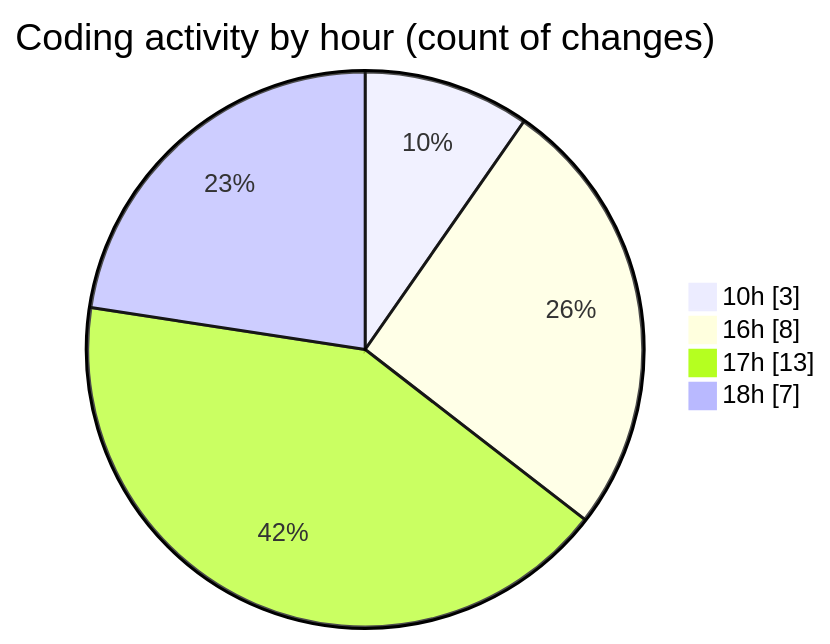
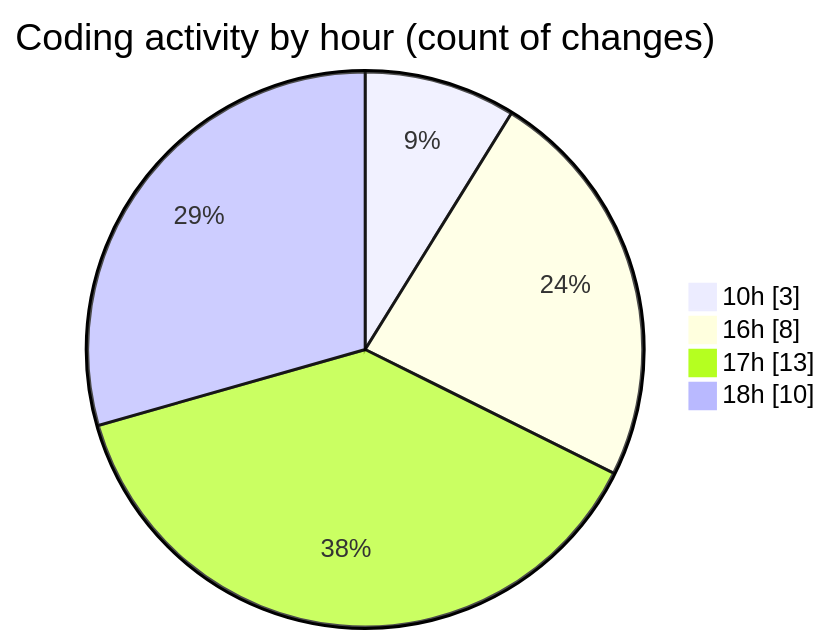
Before and after one commit to nxtqubesakshisongat/code-tracking: the second of 2 diagrams in 2026-02-27/nxtqube_webapp/README.md, drawn with Mermaid. The commit also changed other lines of this file and 1 other file, not shown here.

````diff
--- a/2026-02-27/nxtqube_webapp/README.md
+++ b/2026-02-27/nxtqube_webapp/README.md
@@ -34,8 +34,8 @@
 ```mermaid
 pie showData
 title Coding activity by hour (count of changes)
 "10h" : 3
 "16h" : 8
 "17h" : 13
-"18h" : 7
+"18h" : 10
 ```
````
